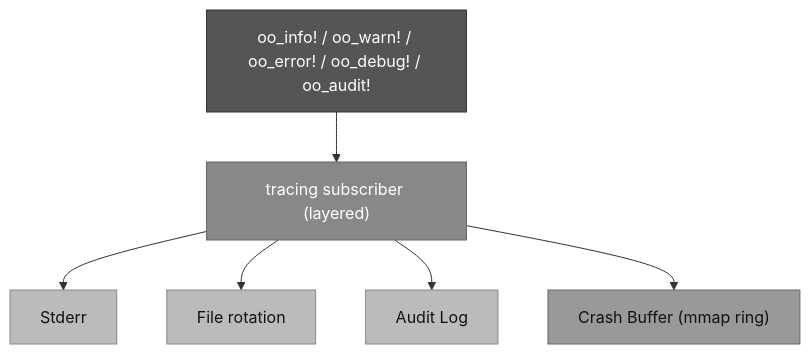
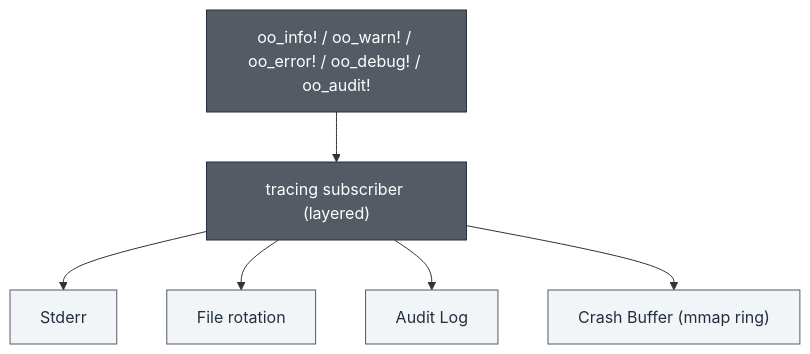
One commit to OpenObscure/OpenObscure changed diagram 12 of 14 in ARCHITECTURE.md. Above: the diagram before and after it, drawn with Mermaid. The commit also changed other lines of this file and 3 other files, not shown here.

First line of the commit message:
Apply consistent color palette across all mermaid diagrams

````diff
--- a/ARCHITECTURE.md
+++ b/ARCHITECTURE.md
@@ -566,23 +585,23 @@
 ```mermaid
 flowchart TB
     macros["oo_info! / oo_warn! / oo_error! / oo_debug! / oo_audit!"]
     subscriber["tracing subscriber (layered)"]
     macros --> subscriber
 
     stderr["Stderr"]
     filelog["File rotation"]
     audit["Audit Log"]
     crash["Crash Buffer (mmap ring)"]
 
     subscriber --> stderr
     subscriber --> filelog
     subscriber --> audit
     subscriber --> crash
 
-    style macros fill:#555,stroke:#333,color:#fff
-    style subscriber fill:#888,stroke:#666,color:#fff
-    style stderr fill:#bbb,stroke:#888,color:#111
-    style filelog fill:#bbb,stroke:#888,color:#111
-    style audit fill:#bbb,stroke:#888,color:#111
-    style crash fill:#999,stroke:#666,color:#111
+    style macros fill:#545b64,stroke:#232F3E,color:#fff
+    style subscriber fill:#545b64,stroke:#232F3E,color:#fff
+    style stderr fill:#f2f5f7,stroke:#545b64,color:#232F3E
+    style filelog fill:#f2f5f7,stroke:#545b64,color:#232F3E
+    style audit fill:#f2f5f7,stroke:#545b64,color:#232F3E
+    style crash fill:#f2f5f7,stroke:#545b64,color:#232F3E
 ```
````
